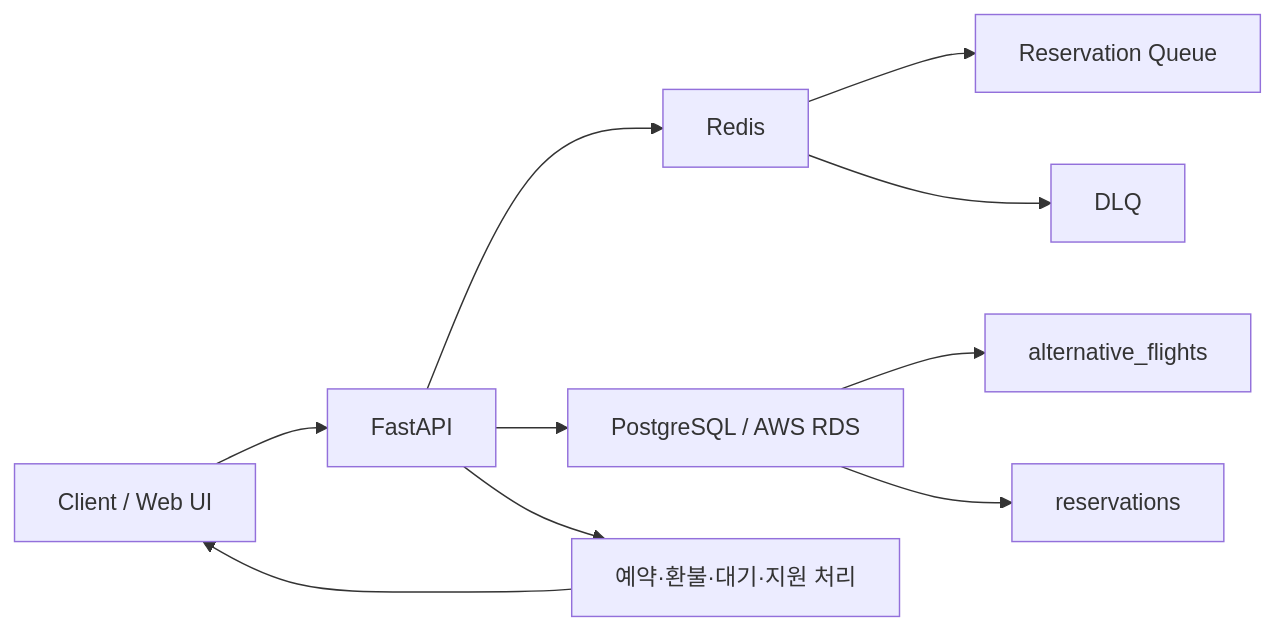
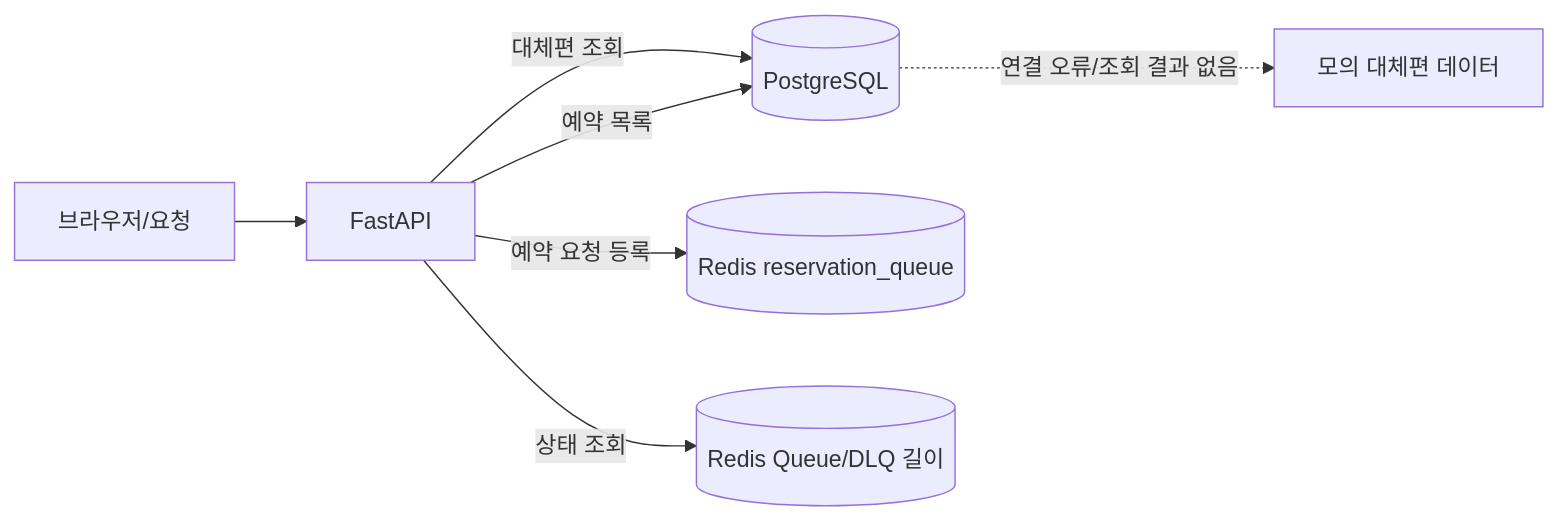
One commit to rlaqhfla0917-bit/skycare-disruption-api changed the diagram in README.md. Above: the diagram before and after it, drawn with Mermaid. The commit also changed other lines of this file, not shown here.

Commit message:
docs: align API claims with implemented queue and fallback behavior

````diff
--- a/README.md
+++ b/README.md
@@ -79,16 +42,9 @@
 ```mermaid
 flowchart LR
-    U[Client / Web UI] --> A[FastAPI]
-
-    A --> R[Redis]
-    A --> P[PostgreSQL / AWS RDS]
-
-    P --> P1[alternative_flights]
-    P --> P2[reservations]
-
-    R --> Q[Reservation Queue]
-    R --> DQ[DLQ]
-
-    A --> S[예약·환불·대기·지원 처리]
-    S --> U
+  U[브라우저/요청] --> A[FastAPI]
+  A -->|대체편 조회| P[(PostgreSQL)]
+  P -.연결 오류/조회 결과 없음.-> F[모의 대체편 데이터]
+  A -->|예약 요청 등록| Q[(Redis reservation_queue)]
+  A -->|상태 조회| D[(Redis Queue/DLQ 길이)]
+  A -->|예약 목록| P
 ```
````
